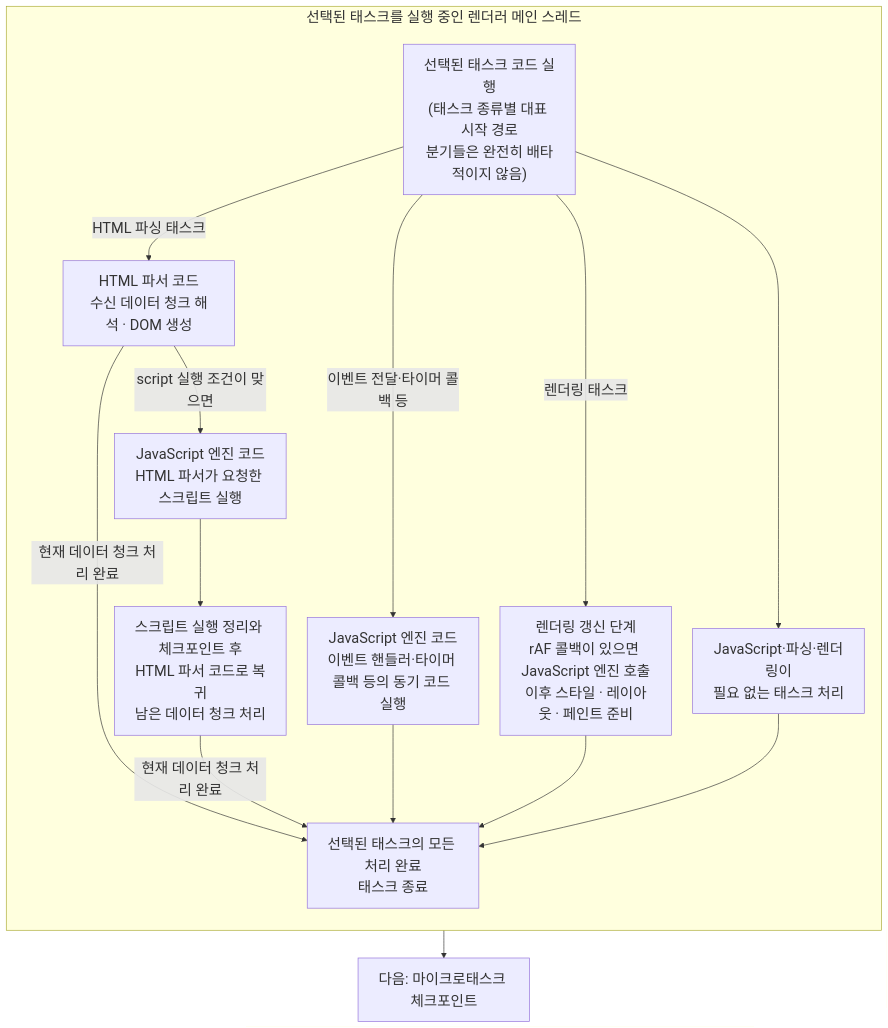
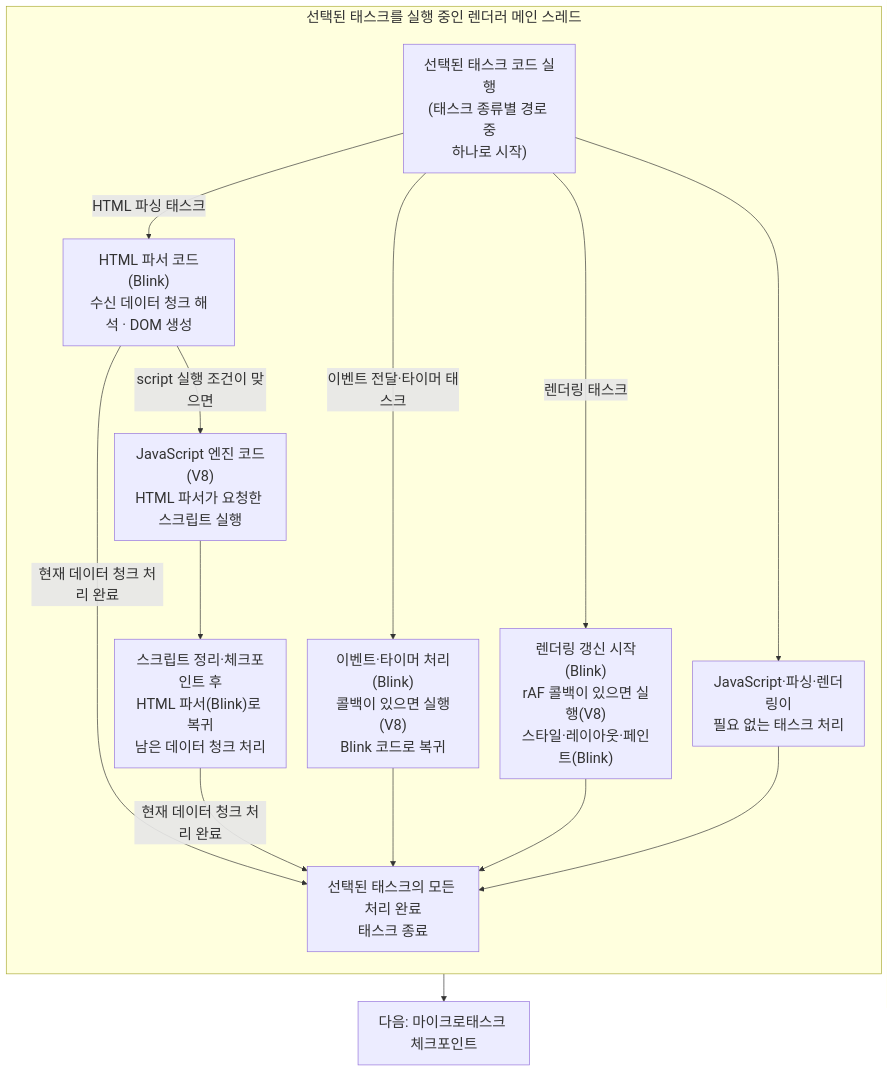
The third of 3 diagrams in docs/frontend-study/06-main-thread-call-stack-and-event-loop.md (lee-gimoon/futures-paper-trading), drawn with Mermaid before and after one commit. The commit also changed other lines of this file, not shown here.

Commit message:
docs: distinguish Blink and V8 in task flows

````diff
--- a/docs/frontend-study/06-main-thread-call-stack-and-event-loop.md
+++ b/docs/frontend-study/06-main-thread-call-stack-and-event-loop.md
@@ -108,29 +111,29 @@
 ```mermaid
 %%{init: {"themeVariables": {"fontSize": "22px"}, "flowchart": {"nodeSpacing": 32, "rankSpacing": 42, "subGraphTitleMargin": {"top": 0, "bottom": 24}}}}%%
 flowchart TB
   subgraph MAIN["선택된 태스크를 실행 중인 렌더러 메인 스레드"]
     direction TB
-    TASK["선택된 태스크 코드 실행<br/>(태스크 종류별 대표 시작 경로<br/>분기들은 완전히 배타적이지 않음)"]
-    PARSER["HTML 파서 코드<br/>수신 데이터 청크 해석 · DOM 생성"]
-    SCRIPT_JS["JavaScript 엔진 코드<br/>HTML 파서가 요청한 스크립트 실행"]
-    PARSER_RESUME["스크립트 실행 정리와 체크포인트 후<br/>HTML 파서 코드로 복귀<br/>남은 데이터 청크 처리"]
-    TASK_JS["JavaScript 엔진 코드<br/>이벤트 핸들러·타이머 콜백 등의 동기 코드 실행"]
-    RENDER_CODE["렌더링 갱신 단계<br/>rAF 콜백이 있으면 JavaScript 엔진 호출<br/>이후 스타일 · 레이아웃 · 페인트 준비"]
+    TASK["선택된 태스크 코드 실행<br/>(태스크 종류별 경로 중<br/>하나로 시작)"]
+    PARSER["HTML 파서 코드(Blink)<br/>수신 데이터 청크 해석 · DOM 생성"]
+    SCRIPT_JS["JavaScript 엔진 코드(V8)<br/>HTML 파서가 요청한 스크립트 실행"]
+    PARSER_RESUME["스크립트 정리·체크포인트 후<br/>HTML 파서(Blink)로 복귀<br/>남은 데이터 청크 처리"]
+    TASK_JS["이벤트·타이머 처리(Blink)<br/>콜백이 있으면 실행(V8)<br/>Blink 코드로 복귀"]
+    RENDER_CODE["렌더링 갱신 시작(Blink)<br/>rAF 콜백이 있으면 실행(V8)<br/>스타일·레이아웃·페인트(Blink)"]
     OTHER["JavaScript·파싱·렌더링이<br/>필요 없는 태스크 처리"]
     TASK_DONE["선택된 태스크의 모든 처리 완료<br/>태스크 종료"]
 
     TASK -->|"HTML 파싱 태스크"| PARSER
     PARSER -->|"script 실행 조건이 맞으면"| SCRIPT_JS
     PARSER -->|"현재 데이터 청크 처리 완료"| TASK_DONE
     SCRIPT_JS --> PARSER_RESUME
     PARSER_RESUME -->|"현재 데이터 청크 처리 완료"| TASK_DONE
-    TASK -->|"이벤트 전달·타이머 콜백 등"| TASK_JS
+    TASK -->|"이벤트 전달·타이머 태스크"| TASK_JS
     TASK_JS --> TASK_DONE
     TASK -->|"렌더링 태스크"| RENDER_CODE
     RENDER_CODE --> TASK_DONE
     TASK --> OTHER
     OTHER --> TASK_DONE
   end
 
   TASK_DONE --> CHECKPOINT["다음: 마이크로태스크 체크포인트"]
 ```
````
